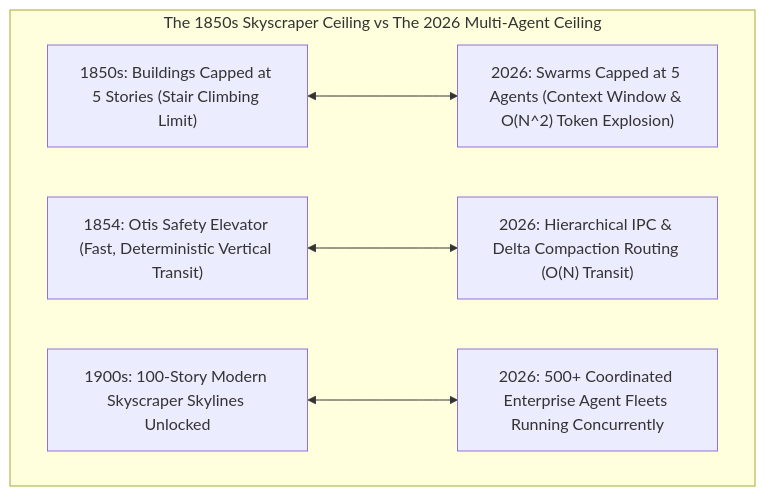
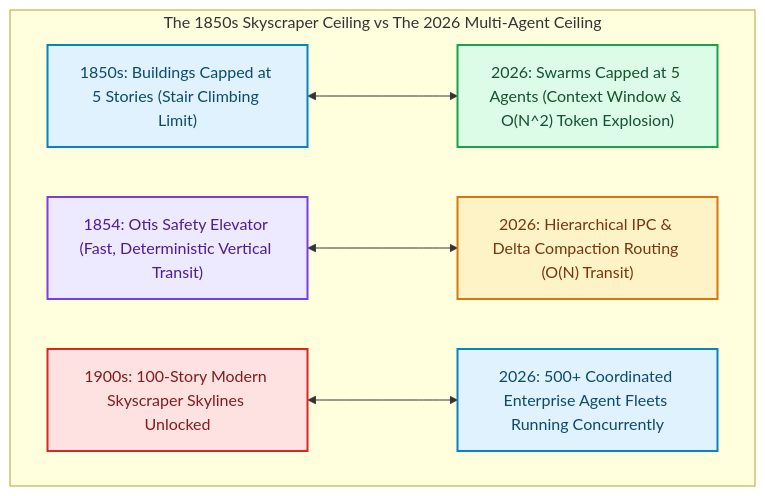
Before and after one commit to akmalkhaniub/akmalkhaniub.github.io: the first of 2 diagrams in blog/posts/skyscraper-elevator-problem-scaling-multi-agent-ipc-context-explosion.md, drawn with Mermaid. The commit also changed other lines of this file and 1291 other files, not shown here.

First line of the commit message:
feat(catalog): unique covers, scholarly references, and diagram palettes

````diff
--- a/blog/posts/skyscraper-elevator-problem-scaling-multi-agent-ipc-context-explosion.md
+++ b/blog/posts/skyscraper-elevator-problem-scaling-multi-agent-ipc-context-explosion.md
@@ -19,8 +19,19 @@
 ```mermaid
 flowchart TD
   subgraph SG1_The1850sSkyscraper ["The 1850s Skyscraper Ceiling vs The 2026 Multi-Agent Ceiling"]
     S1850["1850s: Buildings Capped at 5 Stories (Stair Climbing Limit)"] <---> S2026["2026: Swarms Capped at 5 Agents (Context Window & O(N^2) Token Explosion)"]
     O1850["1854: Otis Safety Elevator (Fast, Deterministic Vertical Transit)"] <---> O2026["2026: Hierarchical IPC & Delta Compaction Routing (O(N) Transit)"]
     U1850["1900s: 100-Story Modern Skyscraper Skylines Unlocked"] <---> U2026["2026: 500+ Coordinated Enterprise Agent Fleets Running Concurrently"]
   end
+
+classDef green fill:#dcfce7,stroke:#16a34a,stroke-width:2px,color:#14532d;
+classDef red fill:#fee2e2,stroke:#dc2626,stroke-width:2px,color:#7f1d1d;
+classDef blue fill:#e0f2fe,stroke:#0284c7,stroke-width:2px,color:#0c4a6e;
+classDef yellow fill:#fef3c7,stroke:#d97706,stroke-width:2px,color:#78350f;
+classDef purple fill:#ede9fe,stroke:#7c3aed,stroke-width:2px,color:#4c1d95;
+class S1850,U2026 blue
+class S2026 green
+class O1850 purple
+class O2026 yellow
+class U1850 red
 ```
````
